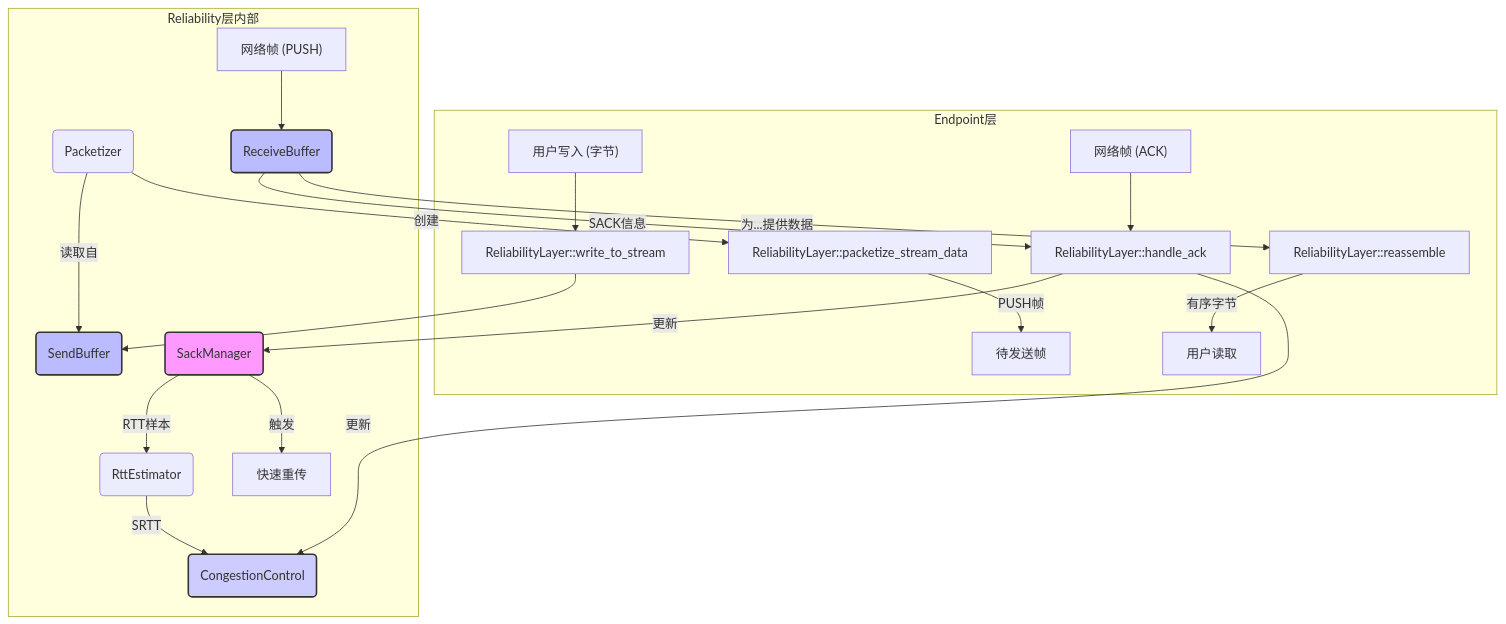
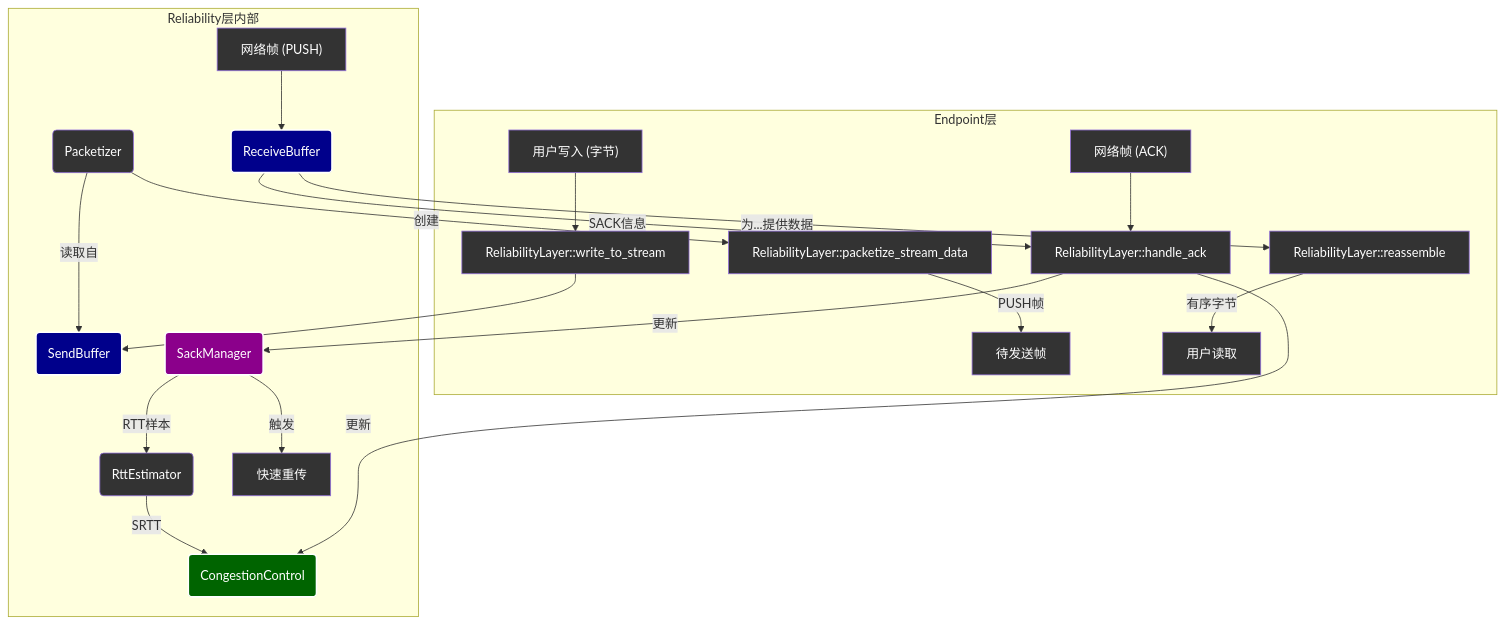
One commit to ShaoG-R/kestrel-protocol changed the diagram in docs/src/dev-docs/components/reliability.md. Above: the diagram before and after it, drawn with Mermaid. The commit also changed 5 other files, not shown here.

````diff
--- a/docs/src/dev-docs/components/reliability.md
+++ b/docs/src/dev-docs/components/reliability.md
@@ -39,30 +39,42 @@
 ```mermaid
 graph TD
     subgraph "Endpoint层"
         A["用户写入 (字节)"] --> B[ReliabilityLayer::write_to_stream]
         C[ReliabilityLayer::packetize_stream_data] -- "PUSH帧" --> D["待发送帧"]
         E["网络帧 (ACK)"] --> F[ReliabilityLayer::handle_ack]
         G[ReliabilityLayer::reassemble] -- "有序字节" --> H["用户读取"]
     end
 
     subgraph "Reliability层内部"
         B --> SB(SendBuffer)
         P(Packetizer) -- "读取自" --> SB
         P -- "创建" --> C
         
         F -- "更新" --> SM(SackManager)
         F -- "更新" --> CC(CongestionControl)
         SM -- "RTT样本" --> RTT(RttEstimator)
         RTT -- "SRTT" --> CC
         SM -- "触发" --> FR["快速重传"]
         
         RB(ReceiveBuffer) -- "SACK信息" --> F
         RB -- "为...提供数据" --> G
         NF["网络帧 (PUSH)"] --> RB
     end
     
-    style SB fill:#bbf,stroke:#333,stroke-width:2px
-    style RB fill:#bbf,stroke:#333,stroke-width:2px
-    style SM fill:#f9f,stroke:#333,stroke-width:2px
-    style CC fill:#ccf,stroke:#333,stroke-width:2px
+    style A fill:#333,color:#fff
+    style B fill:#333,color:#fff
+    style C fill:#333,color:#fff
+    style D fill:#333,color:#fff
+    style E fill:#333,color:#fff
+    style F fill:#333,color:#fff
+    style G fill:#333,color:#fff
+    style H fill:#333,color:#fff
+    style P fill:#333,color:#fff
+    style RTT fill:#333,color:#fff
+    style FR fill:#333,color:#fff
+    style NF fill:#333,color:#fff
+    style SB fill:#00008B,color:#fff,stroke:#fff,stroke-width:2px
+    style RB fill:#00008B,color:#fff,stroke:#fff,stroke-width:2px
+    style SM fill:#8B008B,color:#fff,stroke:#fff,stroke-width:2px
+    style CC fill:#006400,color:#fff,stroke:#fff,stroke-width:2px
 ```
````
